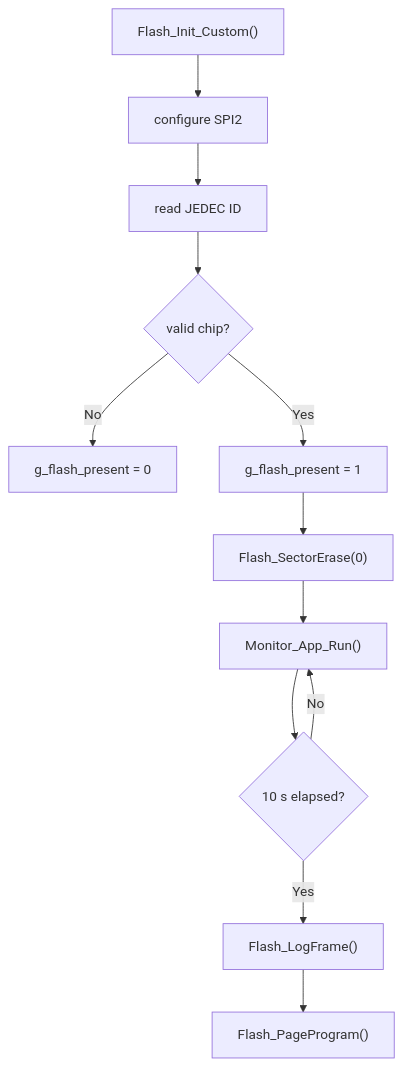
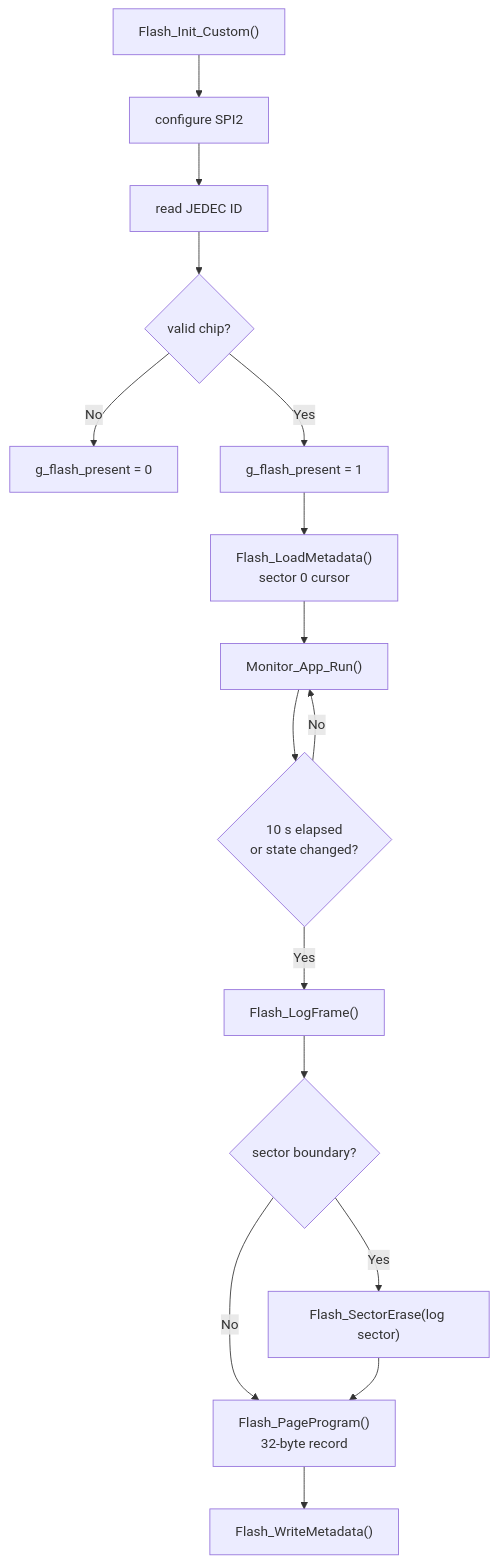
One commit to Cusnd/dual-stm32-safety-monitor changed diagram 11 of 13 in docs/FUNCTION_DESIGN_WALKTHROUGH.en.md. Above: the diagram before and after it, drawn with Mermaid. The commit also changed other lines of this file and 72 other files, not shown here.

````diff
--- a/docs/FUNCTION_DESIGN_WALKTHROUGH.en.md
+++ b/docs/FUNCTION_DESIGN_WALKTHROUGH.en.md
@@ -305,14 +308,18 @@
 ```mermaid
 flowchart TD
   I["Flash_Init_Custom()"] --> SPI["configure SPI2"]
   SPI --> ID["read JEDEC ID"]
   ID --> OK{"valid chip?"}
   OK -->|"No"| OFF["g_flash_present = 0"]
   OK -->|"Yes"| ON["g_flash_present = 1"]
-  ON --> ERASE["Flash_SectorErase(0)"]
-  ERASE --> RUN["Monitor_App_Run()"]
-  RUN --> LOG{"10 s elapsed?"}
+  ON --> META["Flash_LoadMetadata()\nsector 0 cursor"]
+  META --> RUN["Monitor_App_Run()"]
+  RUN --> LOG{"10 s elapsed\nor state changed?"}
   LOG -->|"Yes"| REC["Flash_LogFrame()"]
-  REC --> PP["Flash_PageProgram()"]
+  REC --> WRAP{"sector boundary?"}
+  WRAP -->|"Yes"| ERASE["Flash_SectorErase(log sector)"]
+  WRAP -->|"No"| PP
+  ERASE --> PP["Flash_PageProgram()\n32-byte record"]
+  PP --> META2["Flash_WriteMetadata()"]
   LOG -->|"No"| RUN
 ```
````
